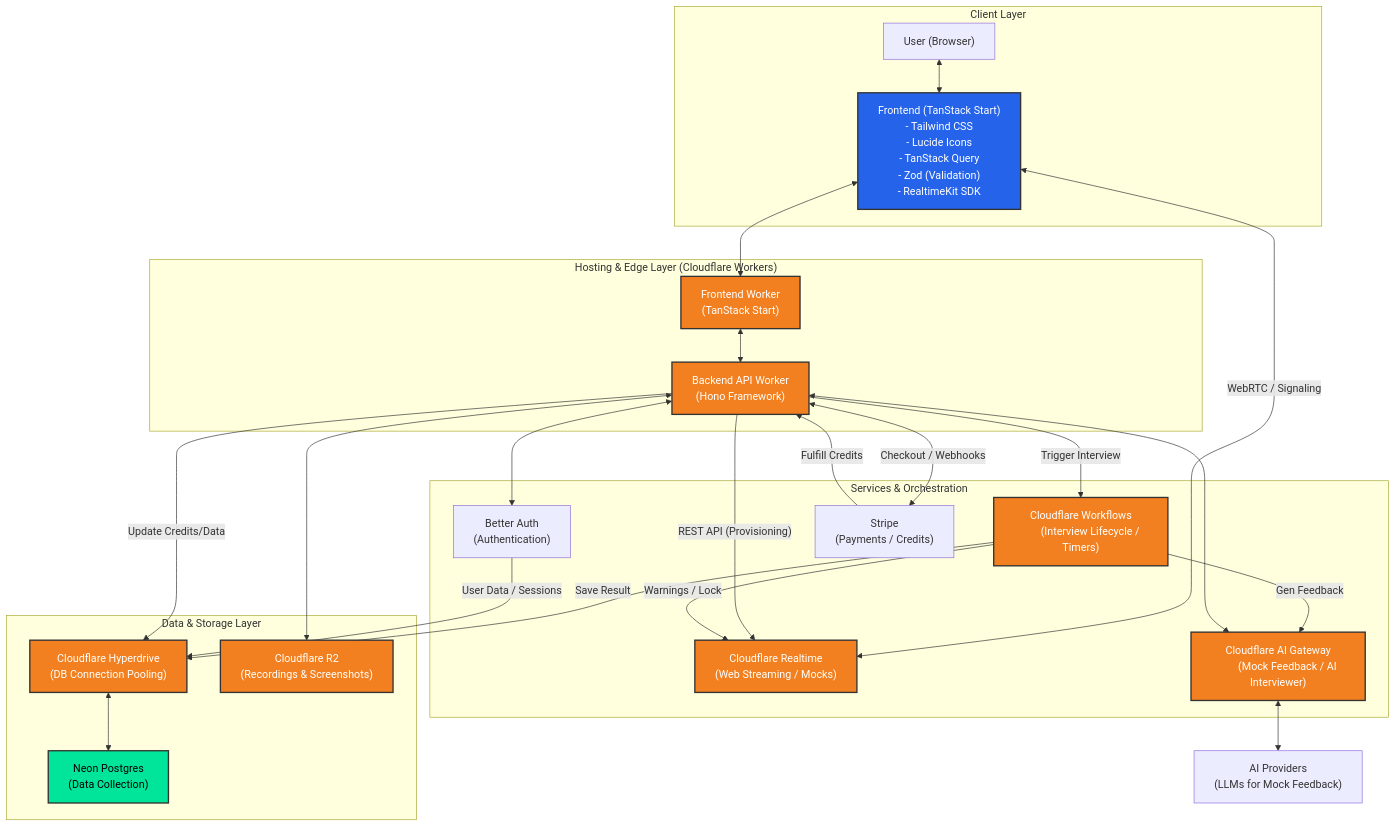
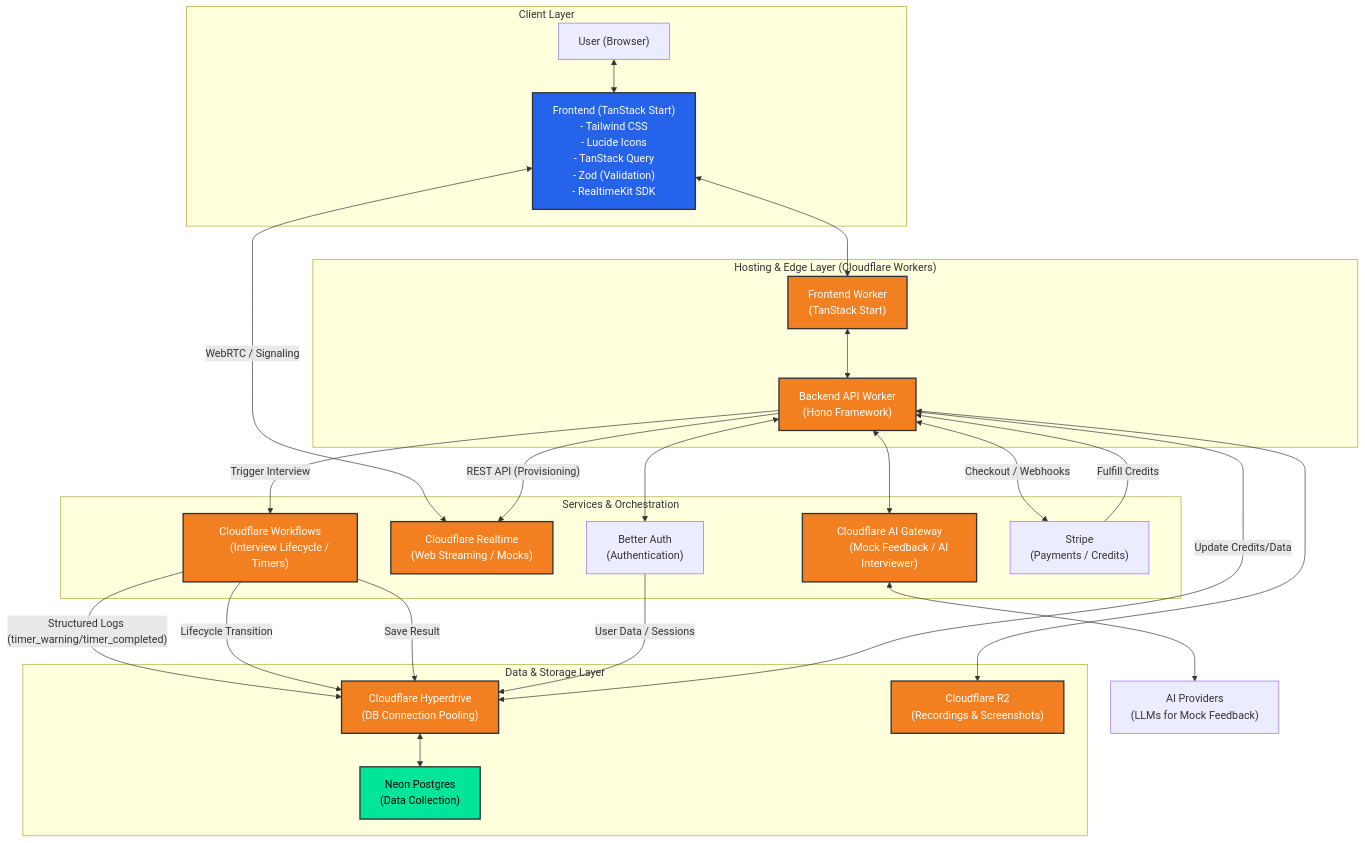
The diagram in docs/system/diagrams/realtime_interview.md (joseiciano/mako), drawn with Mermaid before and after one commit. The commit also changed 6 other files, not shown here.

````diff
--- a/docs/system/diagrams/realtime_interview.md
+++ b/docs/system/diagrams/realtime_interview.md
@@ -5,80 +5,80 @@
 ```mermaid
 graph TD
     subgraph "Client Layer"
         User["User (Browser)"]
         FE_Stack["Frontend (TanStack Start)
         - Tailwind CSS
         - Lucide Icons
         - TanStack Query
         - Zod (Validation)
         - RealtimeKit SDK"]
     end
 
     subgraph "Hosting & Edge Layer (Cloudflare Workers)"
         FE_Worker["Frontend Worker
         (TanStack Start)"]
         BE_Worker["Backend API Worker
         (Hono Framework)"]
     end
 
     subgraph "Services & Orchestration"
         Auth["Better Auth
         (Authentication)"]
         Realtime["Cloudflare Realtime
         (Web Streaming / Mocks)"]
         Workflows["Cloudflare Workflows
         (Interview Lifecycle / Timers)"]
         AIGateway["Cloudflare AI Gateway
         (Mock Feedback / AI Interviewer)"]
         Stripe["Stripe
         (Payments / Credits)"]
     end
 
     subgraph "Data & Storage Layer"
         Hyperdrive["Cloudflare Hyperdrive
         (DB Connection Pooling)"]
         DB["Neon Postgres
         (Data Collection)"]
         R2["Cloudflare R2
         (Recordings & Screenshots)"]
     end
 
     %% Relationships
     User <--> FE_Stack
     FE_Stack <--> FE_Worker
     FE_Worker <--> BE_Worker
     
     %% Realtime Connections
     FE_Stack -- "WebRTC / Signaling" <--> Realtime
     BE_Worker -- "REST API (Provisioning)" --> Realtime
     
     %% Orchestration & Payments
     BE_Worker -- "Trigger Interview" --> Workflows
     BE_Worker -- "Checkout / Webhooks" <--> Stripe
     Stripe -- "Fulfill Credits" --> BE_Worker
-    Workflows -- "Warnings / Lock" --> Realtime
-    Workflows -- "Gen Feedback" --> AIGateway
+    Workflows -- "Structured Logs (timer_warning/timer_completed)" --> Hyperdrive
+    Workflows -- "Lifecycle Transition" --> Hyperdrive
     Workflows -- "Save Result" --> Hyperdrive
     
     %% Auth & Data Connections
     BE_Worker <--> Auth
     Auth -- "User Data / Sessions" --> Hyperdrive
     BE_Worker <--> AIGateway
     
     BE_Worker -- "Update Credits/Data" --> Hyperdrive
     Hyperdrive <--> DB
     BE_Worker <--> R2
 
     %% AI Integration
     AIGateway <--> AIProviders["AI Providers
     (LLMs for Mock Feedback)"]
 
     %% Styling
     classDef cloudflare fill:#f38020,stroke:#333,stroke-width:2px,color:#fff;
     classDef database fill:#00e599,stroke:#333,stroke-width:2px,color:#000;
     classDef frontend fill:#2563eb,stroke:#333,stroke-width:2px,color:#fff;
     
     class FE_Worker,BE_Worker,Realtime,AIGateway,Hyperdrive,R2,Workflows cloudflare;
     class DB database;
     class FE_Stack frontend;
 ```
````
